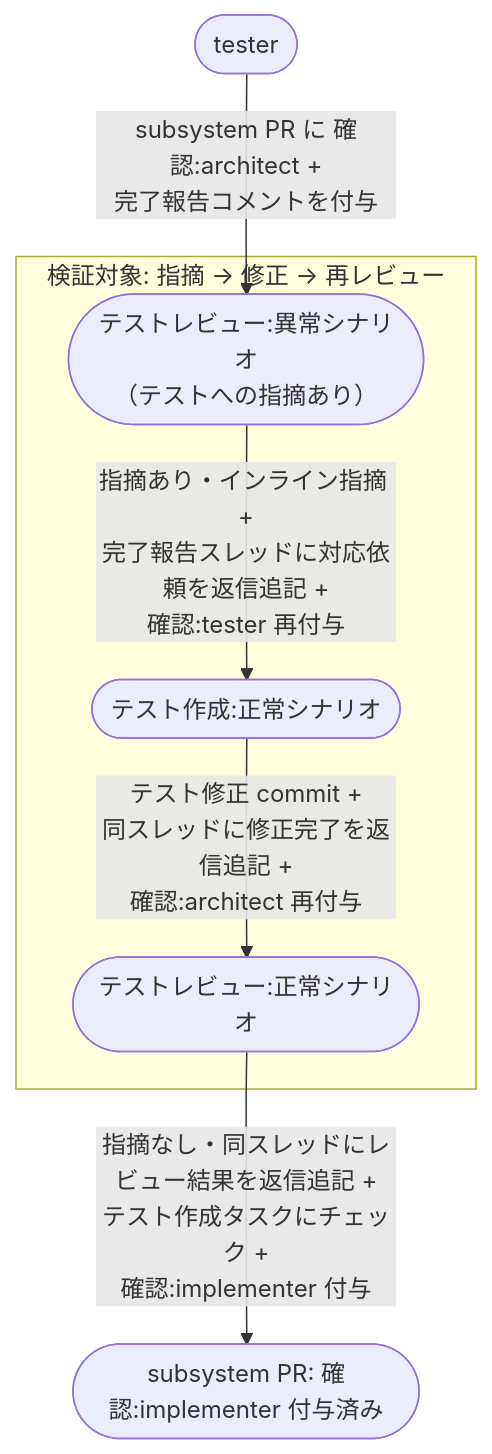
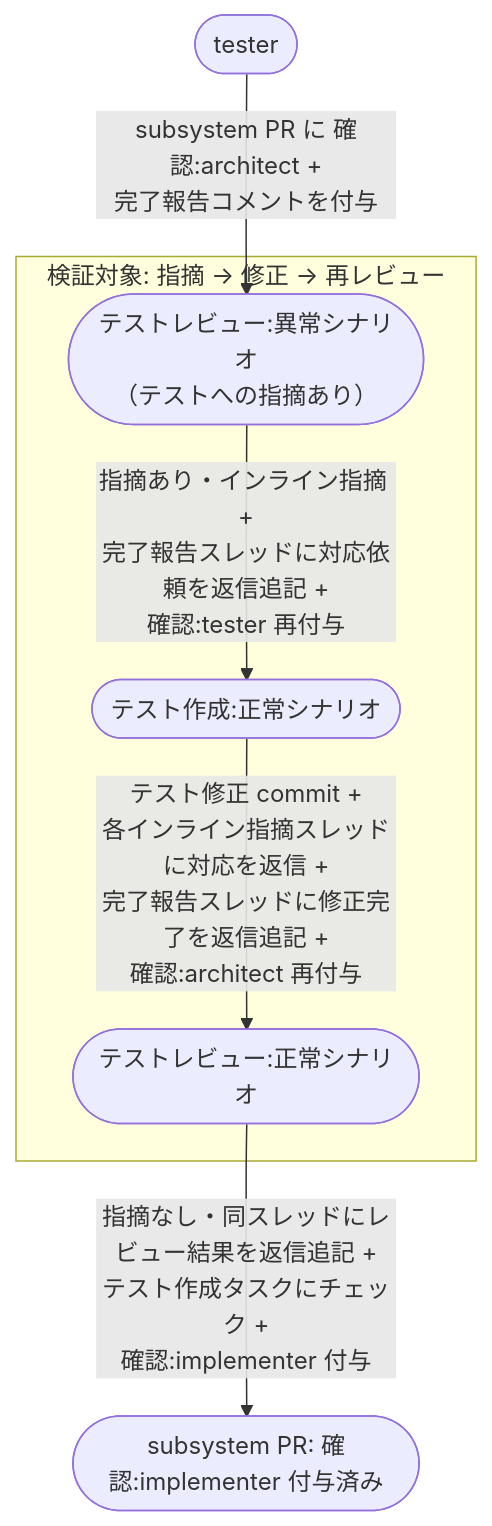
One commit to shuhei1101/ai-monitor changed the first of 2 diagrams in docs/wiki/設計図/シナリオ/複合ユースケース/レビュー指摘からの修正.md. Above: the diagram before and after it, drawn with Mermaid. The commit also changed other lines of this file and 33 other files, not shown here.

````diff
--- a/docs/wiki/設計図/シナリオ/複合ユースケース/レビュー指摘からの修正.md
+++ b/docs/wiki/設計図/シナリオ/複合ユースケース/レビュー指摘からの修正.md
@@ -27,15 +27,15 @@
 ```mermaid
 flowchart TD
   A0([tester]) -->|subsystem PR に 確認:architect +<br>完了報告コメントを付与| UC1
 
   subgraph FOCUS["検証対象: 指摘 → 修正 → 再レビュー"]
     UC1([テストレビュー:異常シナリオ<br>（テストへの指摘あり）]) -->|指摘あり・インライン指摘 +<br>完了報告スレッドに対応依頼を返信追記 +<br>確認:tester 再付与| UC2([テスト作成:正常シナリオ])
-    UC2 -->|テスト修正 commit +<br>同スレッドに修正完了を返信追記 +<br>確認:architect 再付与| UC3([テストレビュー:正常シナリオ])
+    UC2 -->|テスト修正 commit +<br>各インライン指摘スレッドに対応を返信 +<br>完了報告スレッドに修正完了を返信追記 +<br>確認:architect 再付与| UC3([テストレビュー:正常シナリオ])
   end
 
   UC3 -->|指摘なし・同スレッドにレビュー結果を返信追記 +<br>テスト作成タスクにチェック +<br>確認:implementer 付与| DONE([subsystem PR: 確認:implementer 付与済み])
 
   click UC1 "../単一ユースケース/テストレビュー.md#異常シナリオテストへの指摘あり"
   click UC2 "../単一ユースケース/テスト作成.md#正常シナリオ"
   click UC3 "../単一ユースケース/テストレビュー.md#正常シナリオ"
 ```
````
